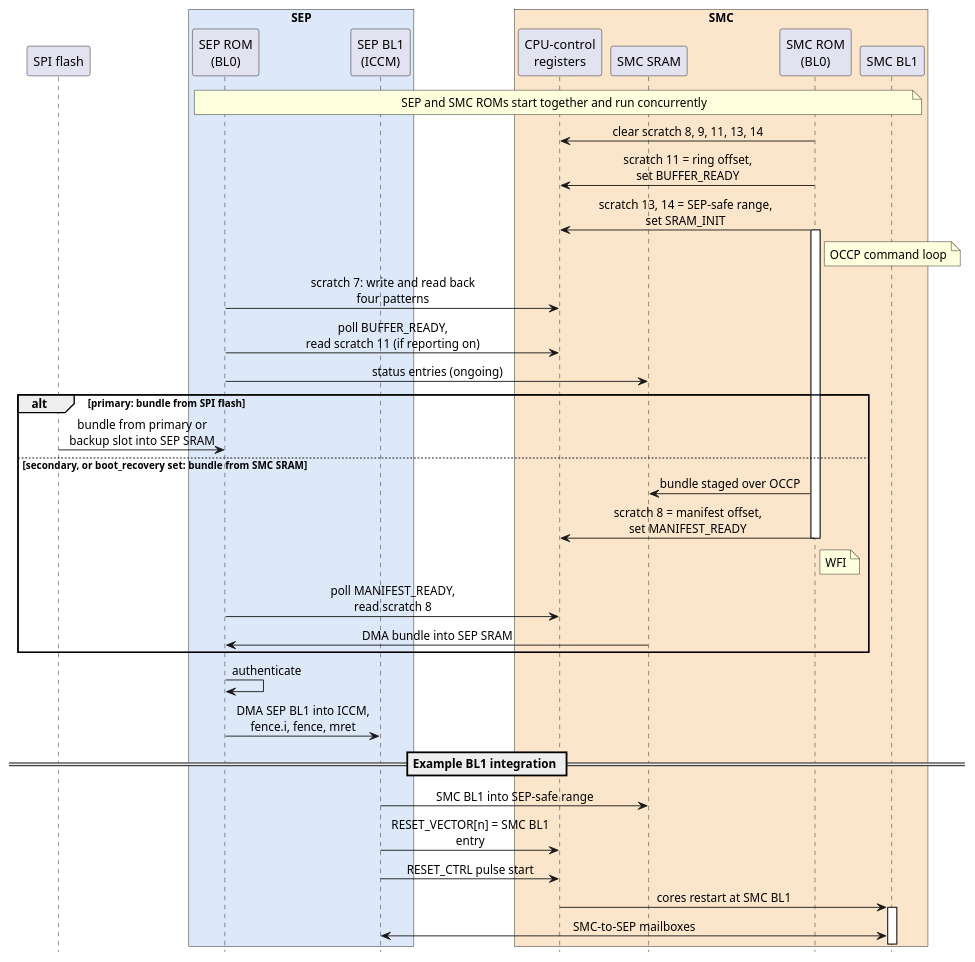
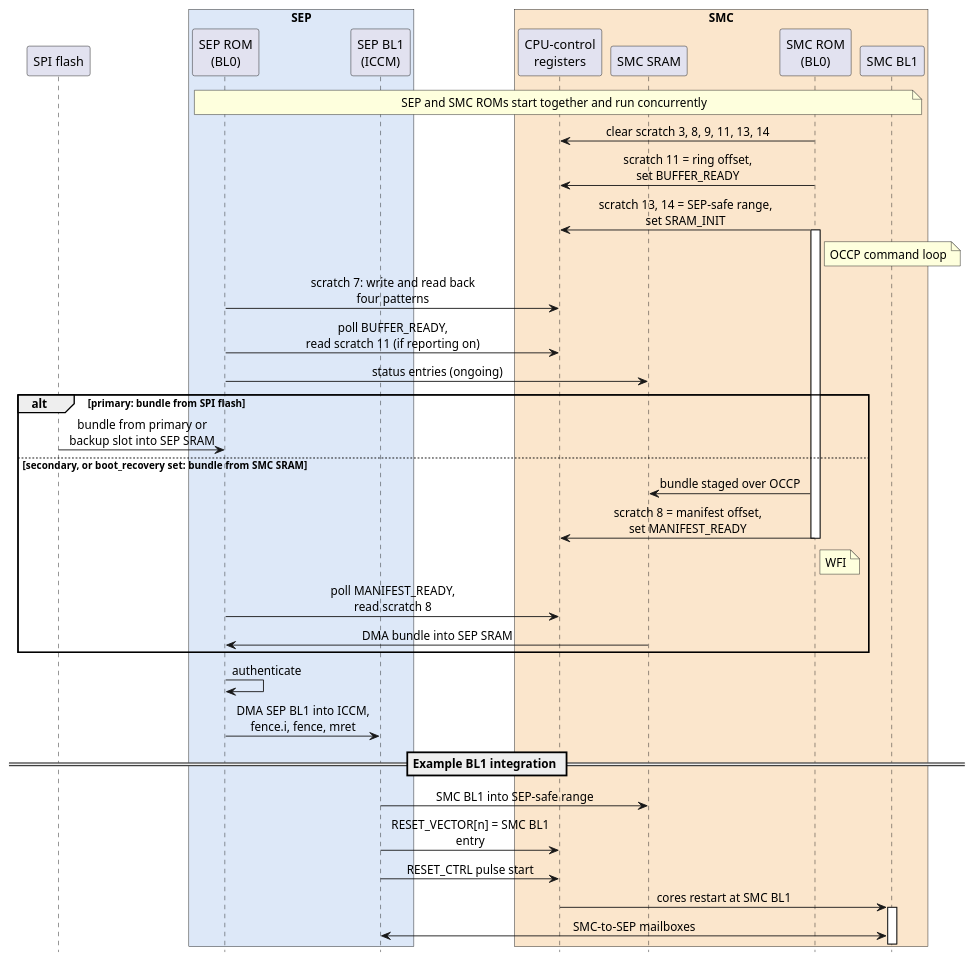
The second of 4 diagrams in doc/appnotes/src/sip-secure-boot.adoc (tenstorrent/tt-oca-harness), drawn with PlantUML before and after one commit. The commit also changed other lines of this file and 29 other files, not shown here.

```diff
--- a/doc/appnotes/src/sip-secure-boot.adoc
+++ b/doc/appnotes/src/sip-secure-boot.adoc
@@ -538,52 +549,52 @@
 [plantuml,sip-secure-boot-sep-smc,svg]
 ....
 @startuml
 skinparam sequenceMessageAlign center
 skinparam maxMessageSize 200
 hide footbox
 
 participant "SPI flash" as SPI
 box "SEP" #DDE8F8
   participant "SEP ROM\n(BL0)" as SEP0
   participant "SEP BL1\n(ICCM)" as SEP1
 end box
 box "SMC" #FBE6CC
   participant "CPU-control\nregisters" as SCR
   participant "SMC SRAM" as SRAM
   participant "SMC ROM\n(BL0)" as SMC0
   participant "SMC BL1" as SMC1
 end box
 
 note over SEP0, SMC1 : SEP and SMC ROMs start together and run concurrently
-SMC0 -> SCR : clear scratch 8, 9, 11, 13, 14
+SMC0 -> SCR : clear scratch 3, 8, 9, 11, 13, 14
 SMC0 -> SCR : scratch 11 = ring offset,\nset BUFFER_READY
 SMC0 -> SCR : scratch 13, 14 = SEP-safe range,\nset SRAM_INIT
 activate SMC0
 note right of SMC0 : OCCP command loop
 SEP0 -> SCR : scratch 7: write and read back\nfour patterns
 SEP0 -> SCR : poll BUFFER_READY,\nread scratch 11 (if reporting on)
 SEP0 -> SRAM : status entries (ongoing)
 
 alt primary: bundle from SPI flash
   SPI -> SEP0 : bundle from primary or\nbackup slot into SEP SRAM
 else secondary, or boot_recovery set: bundle from SMC SRAM
   SMC0 -> SRAM : bundle staged over OCCP
   SMC0 -> SCR : scratch 8 = manifest offset,\nset MANIFEST_READY
   deactivate SMC0
   note right of SMC0 : WFI
   SEP0 -> SCR : poll MANIFEST_READY,\nread scratch 8
   SRAM -> SEP0 : DMA bundle into SEP SRAM
 end
 
 SEP0 -> SEP0 : authenticate
 SEP0 -> SEP1 : DMA SEP BL1 into ICCM,\nfence.i, fence, mret
 
 == Example BL1 integration ==
 SEP1 -> SRAM : SMC BL1 into SEP-safe range
 SEP1 -> SCR : RESET_VECTOR[n] = SMC BL1 entry
 SEP1 -> SCR : RESET_CTRL pulse start
 SCR -> SMC1 : cores restart at SMC BL1
 activate SMC1
 SMC1 <-> SEP1 : SMC-to-SEP mailboxes
 @enduml
 ....
```
